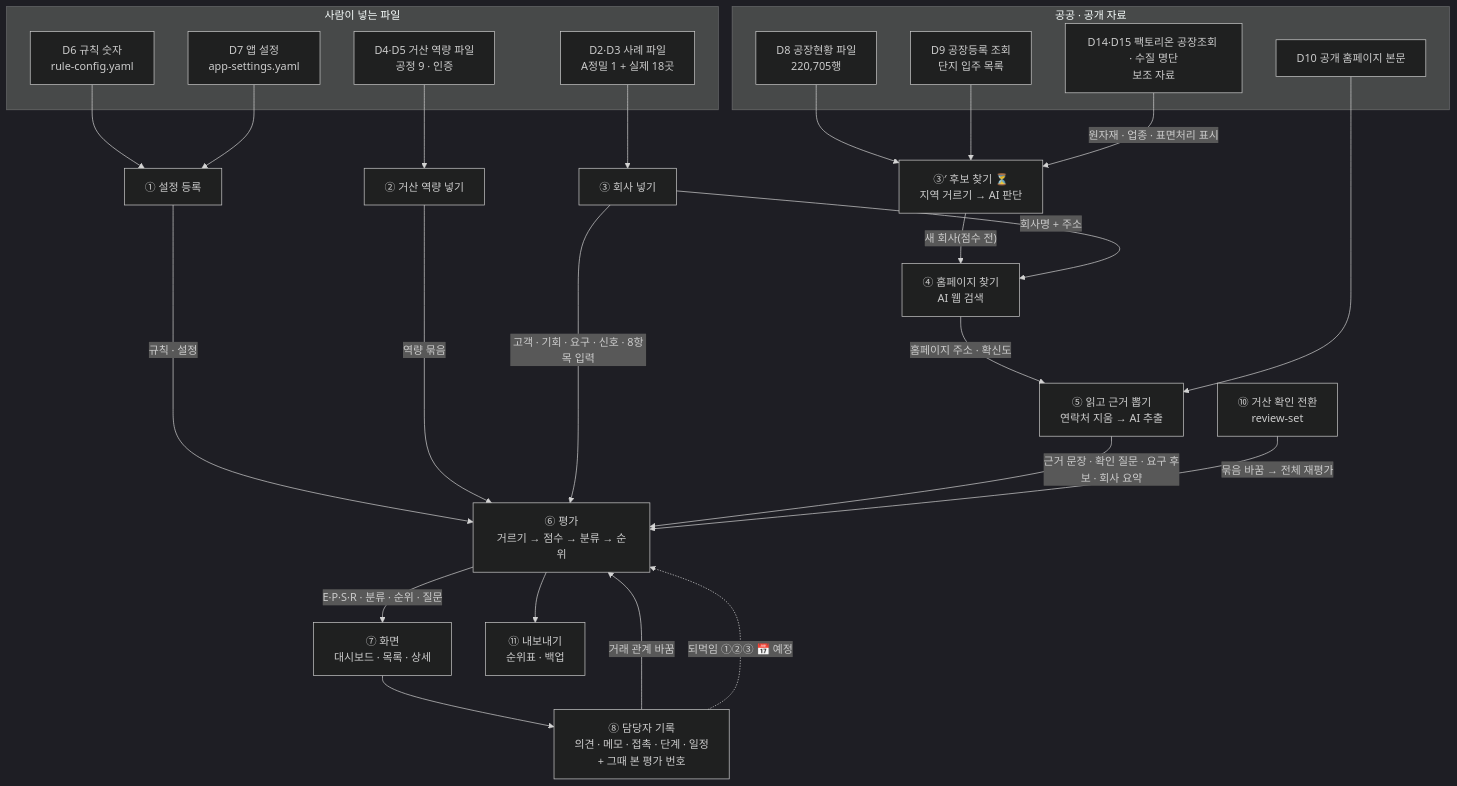
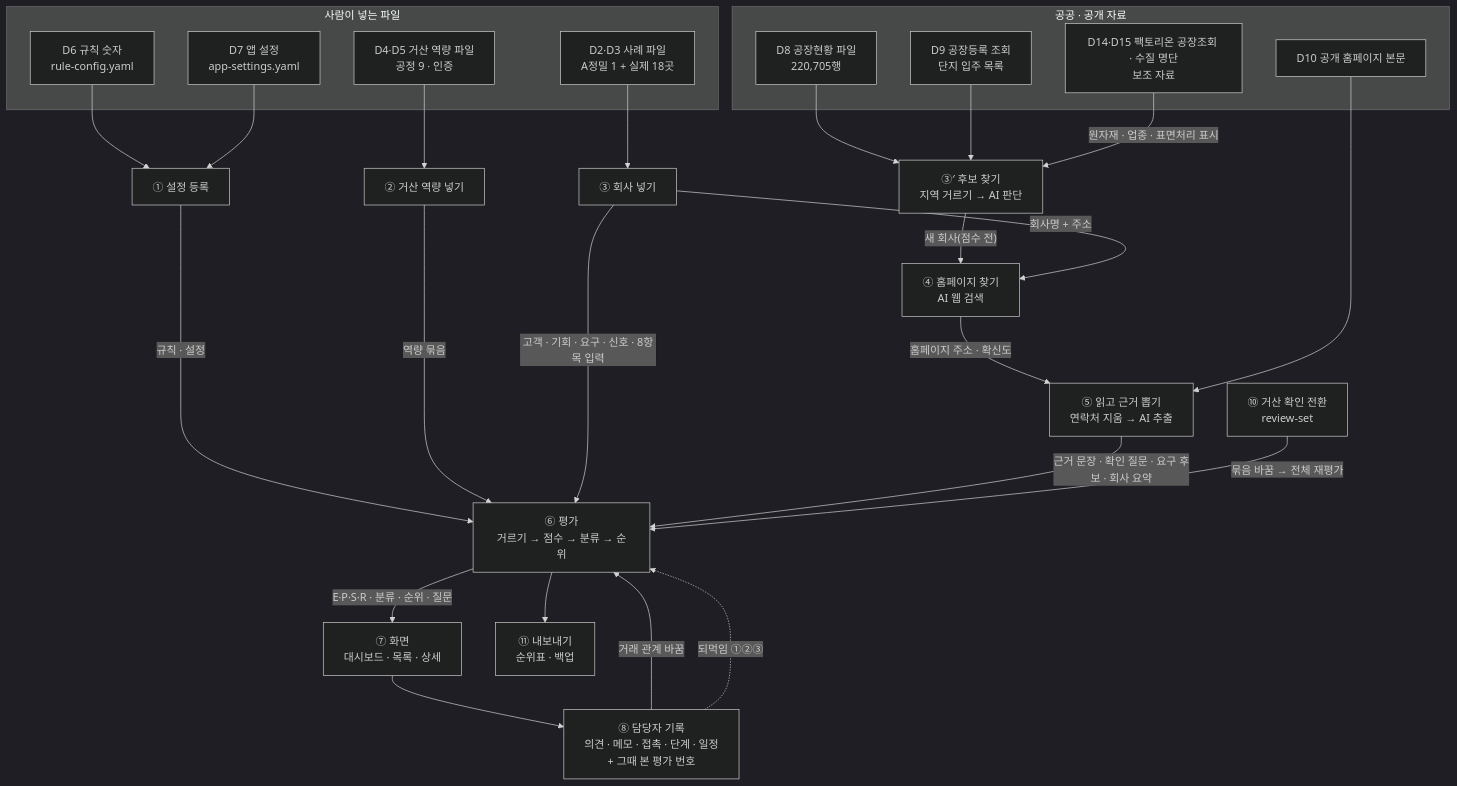
The first of 2 diagrams in docs/map/data-map.md (agent-ddalgi-team/final-geosan), drawn with Mermaid (dark theme) before and after one commit. The commit also changed other lines of this file and 4 other files, not shown here.

````diff
--- a/docs/map/data-map.md
+++ b/docs/map/data-map.md
@@ -47,36 +51,36 @@
 ```mermaid
 flowchart TB
     subgraph IN["사람이 넣는 파일"]
         D6["D6 규칙 숫자<br/>rule-config.yaml"]
         D7["D7 앱 설정<br/>app-settings.yaml"]
         D45["D4·D5 거산 역량 파일<br/>공정 9 · 인증"]
         D23["D2·D3 사례 파일<br/>A정밀 1 + 실제 18곳"]
     end
     subgraph PUB["공공 · 공개 자료"]
         D8["D8 공장현황 파일<br/>220,705행"]
         D9["D9 공장등록 조회<br/>단지 입주 목록"]
         D10["D10 공개 홈페이지 본문"]
         D14["D14·D15 팩토리온 공장조회 · 수질 명단<br/>보조 자료"]
     end
     D6 --> S1["① 설정 등록"]
     D7 --> S1
     D45 --> S2["② 거산 역량 넣기"]
     D23 --> S3["③ 회사 넣기"]
-    D8 --> S3b["③′ 후보 찾기 ⏳<br/>지역 거르기 → AI 판단"]
+    D8 --> S3b["③′ 후보 찾기<br/>지역 거르기 → AI 판단"]
     D9 --> S3b
     D14 -->|"원자재 · 업종 · 표면처리 표시"| S3b
     S3b -->|"새 회사(점수 전)"| S4
     S3 -->|"회사명 + 주소"| S4["④ 홈페이지 찾기<br/>AI 웹 검색"]
     S4 -->|"홈페이지 주소 · 확신도"| S5["⑤ 읽고 근거 뽑기<br/>연락처 지움 → AI 추출"]
     D10 --> S5
     S1 -->|"규칙 · 설정"| S6
     S2 -->|"역량 묶음"| S6
     S3 -->|"고객 · 기회 · 요구 · 신호 · 8항목 입력"| S6["⑥ 평가<br/>거르기 → 점수 → 분류 → 순위"]
     S5 -->|"근거 문장 · 확인 질문 · 요구 후보 · 회사 요약"| S6
     S6 -->|"E·P·S·R · 분류 · 순위 · 질문"| S7["⑦ 화면<br/>대시보드 · 목록 · 상세"]
     S7 --> S8["⑧ 담당자 기록<br/>의견 · 메모 · 접촉 · 단계 · 일정<br/>+ 그때 본 평가 번호"]
     S8 -->|"거래 관계 바꿈"| S6
-    S8 -.->|"되먹임 ①②③ 📅 예정"| S6
+    S8 -.->|"되먹임 ①②③"| S6
     S10["⑩ 거산 확인 전환<br/>review-set"] -->|"묶음 바꿈 → 전체 재평가"| S6
     S6 --> S11["⑪ 내보내기<br/>순위표 · 백업"]
 ```
````
